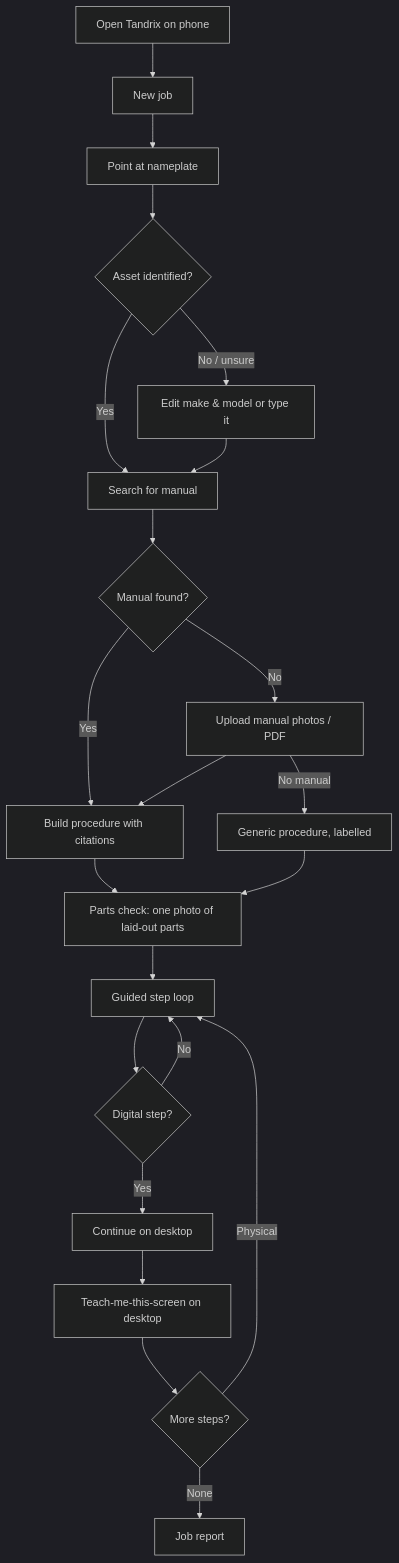
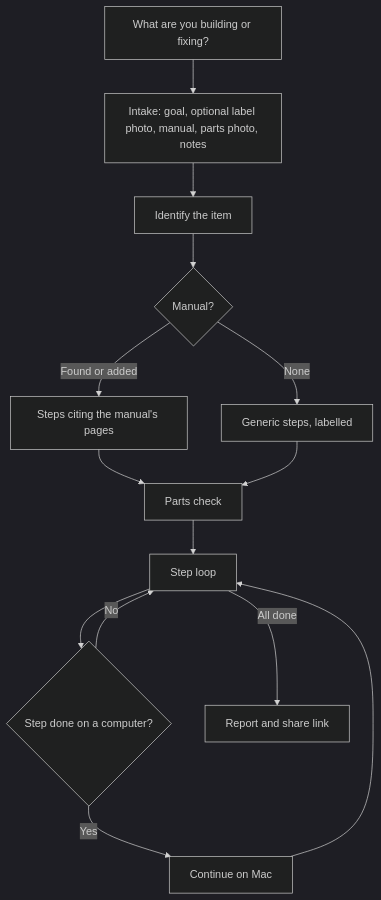
One commit to ahmaddev-codex/tandrix changed the second of 3 diagrams in docs/product/User_Flows.md. Above: the diagram before and after it, drawn with Mermaid (dark theme). The commit also changed other lines of this file and 13 other files, not shown here.

First line of the commit message:
docs: current product, architecture and task list

````diff
--- a/docs/product/User_Flows.md
+++ b/docs/product/User_Flows.md
@@ -12,21 +41,16 @@
 ```mermaid
 flowchart TD
-  A[Open Tandrix on phone] --> B[New job]
-  B --> C[Point at nameplate]
-  C --> D{Asset identified?}
-  D -->|Yes| E[Search for manual]
-  D -->|No / unsure| C2[Edit make & model or type it] --> E
-  E --> F{Manual found?}
-  F -->|Yes| G[Build procedure with citations]
-  F -->|No| F2[Upload manual photos / PDF] --> G
-  F2 -->|No manual| G2[Generic procedure, labelled] --> H
-  G --> H[Parts check: one photo of laid-out parts]
-  H --> I[Guided step loop]
-  I --> J{Digital step?}
-  J -->|No| I
-  J -->|Yes| K[Continue on desktop]
-  K --> L[Teach-me-this-screen on desktop]
-  L --> M{More steps?}
-  M -->|Physical| I
-  M -->|None| N[Job report]
+  A[What are you building or fixing?] --> B[Intake: goal, optional label photo, manual, parts photo, notes]
+  B --> C[Identify the item]
+  C --> D{Manual?}
+  D -->|Found or added| E[Steps citing the manual's pages]
+  D -->|None| E2[Generic steps, labelled]
+  E --> F[Parts check]
+  E2 --> F
+  F --> G[Step loop]
+  G --> H{Step done on a computer?}
+  H -->|Yes| I[Continue on Mac]
+  H -->|No| G
+  I --> G
+  G -->|All done| J[Report and share link]
 ```
````
